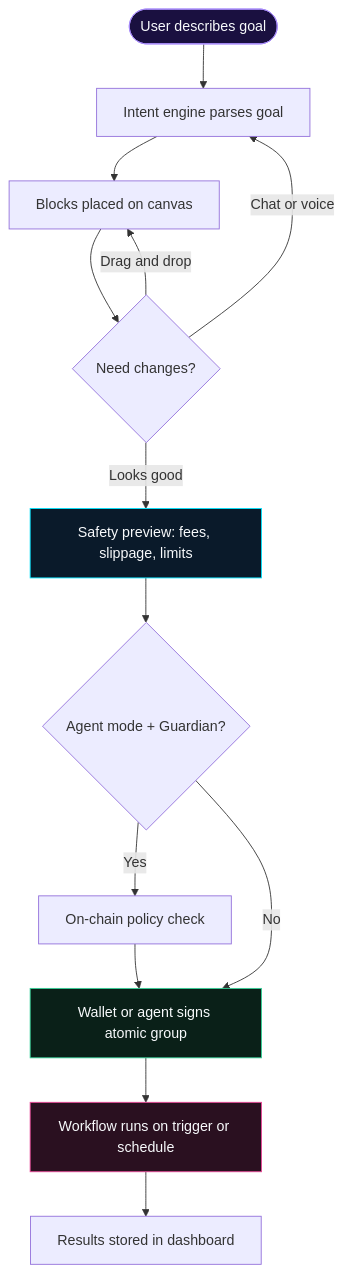
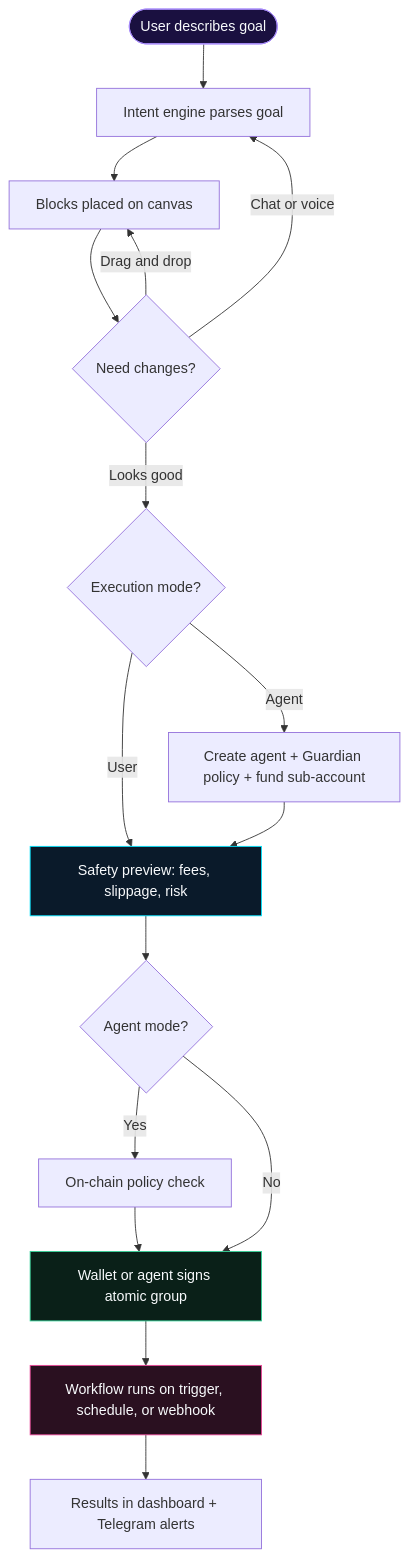
Before and after one commit to DarshanKrishna-DK/Zuik: the third of 4 diagrams in README.md, drawn with Mermaid. The commit also changed other lines of this file and 73 other files, not shown here.

````diff
--- a/README.md
+++ b/README.md
@@ -237,20 +249,23 @@
 ```mermaid
 flowchart TD
     START(["User describes goal"]) --> PARSE["Intent engine parses goal"]
     PARSE --> MATERIALIZE["Blocks placed on canvas"]
     MATERIALIZE --> REFINE{"Need changes?"}
     REFINE -->|"Chat or voice"| PARSE
     REFINE -->|"Drag and drop"| MATERIALIZE
-    REFINE -->|"Looks good"| PREVIEW["Safety preview: fees, slippage, limits"]
-    PREVIEW --> POLICY{"Agent mode + Guardian?"}
+    REFINE -->|"Looks good"| MODE{"Execution mode?"}
+    MODE -->|"User"| PREVIEW["Safety preview: fees, slippage, risk"]
+    MODE -->|"Agent"| AGENT_SETUP["Create agent + Guardian policy + fund sub-account"]
+    AGENT_SETUP --> PREVIEW
+    PREVIEW --> POLICY{"Agent mode?"}
     POLICY -->|"Yes"| VERIFY["On-chain policy check"]
     POLICY -->|"No"| SIGN
     VERIFY --> SIGN["Wallet or agent signs atomic group"]
-    SIGN --> RUN["Workflow runs on trigger or schedule"]
-    RUN --> HISTORY["Results stored in dashboard"]
+    SIGN --> RUN["Workflow runs on trigger, schedule, or webhook"]
+    RUN --> HISTORY["Results in dashboard + Telegram alerts"]
 
     style START fill:#1a1040,stroke:#a78bfa,color:#f8fafc
     style PREVIEW fill:#0a1a2a,stroke:#00e5ff,color:#f8fafc
     style SIGN fill:#0a2018,stroke:#34d399,color:#f8fafc
     style RUN fill:#2a1020,stroke:#ec4899,color:#f8fafc
 ```
````
